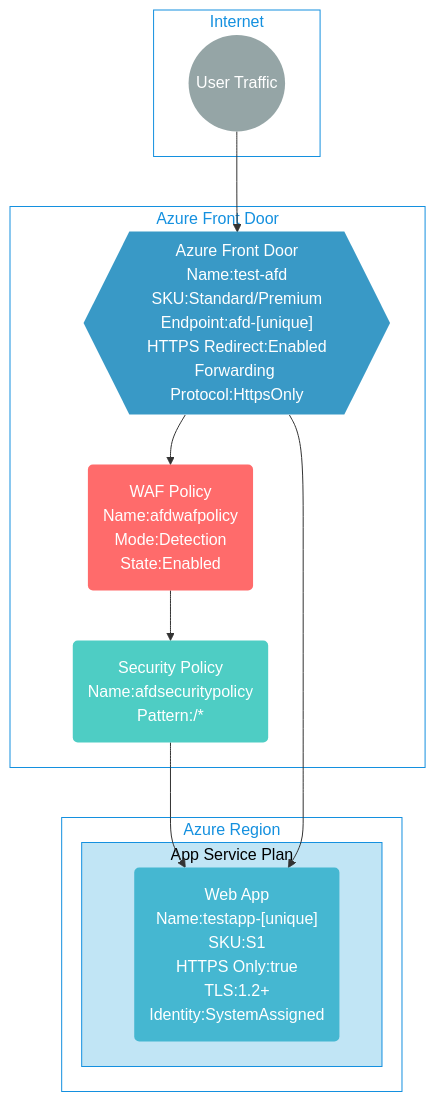
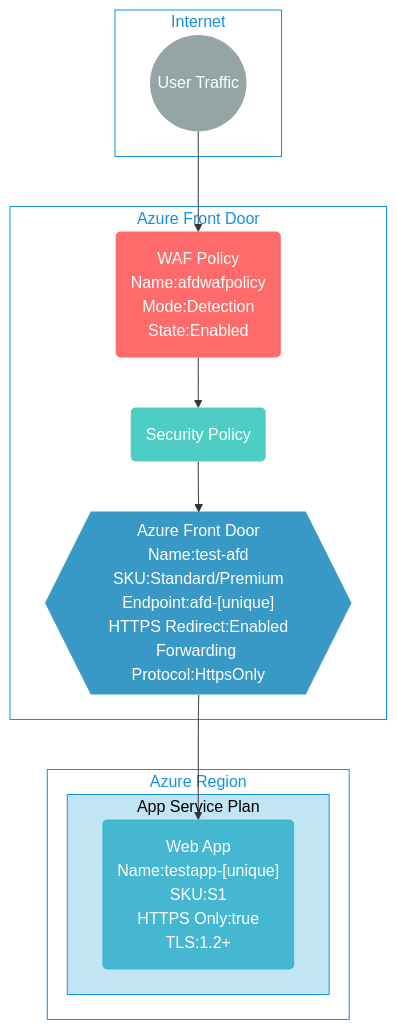
Before and after one commit to toizumi03/bicep-templates: the diagram in afd-wafv2-webapps/README.md, drawn with Mermaid.

````diff
--- a/afd-wafv2-webapps/README.md
+++ b/afd-wafv2-webapps/README.md
@@ -4,49 +4,48 @@
 ```mermaid
 graph TB;
 %% Groups and Services
 subgraph GR1[Internet]
     IT((User Traffic))
 end
 
 subgraph GR2[Azure Front Door]
     AFD{{"Azure Front Door<br/>Name:test-afd<br/>SKU:Standard/Premium<br/>Endpoint:afd-[unique]<br/>HTTPS Redirect:Enabled<br/>Forwarding Protocol:HttpsOnly"}}
     WAF("WAF Policy<br/>Name:afdwafpolicy<br/>Mode:Detection<br/>State:Enabled")
-    SP("Security Policy<br/>Name:afdsecuritypolicy<br/>Pattern:/*")
+    SP("Security Policy")
 end
 
 subgraph GR3[Azure Region]
     subgraph ASP[App Service Plan]
-        APP("Web App<br/>Name:testapp-[unique]<br/>SKU:S1<br/>HTTPS Only:true<br/>TLS:1.2+<br/>Identity:SystemAssigned")
+        APP("Web App<br/>Name:testapp-[unique]<br/>SKU:S1<br/>HTTPS Only:true<br/>TLS:1.2+")
     end
 end
 
 %% Relation for resources
-IT --> AFD
-AFD --> WAF
+IT --> WAF
 WAF --> SP
-SP --> APP
+SP --> AFD
 AFD --> APP
 
 %% Groups style
 classDef GSR fill:#fff,color:#1490df,stroke:#1490df
 class GR1,GR2,GR3 GSR
 
 classDef SGASP fill:#c1e5f5,color:#000,stroke:#1490df
 class ASP SGASP
 
 %% Service Style
 classDef SVPAFD fill:#3999c6,color:#fff,stroke:none
 class AFD SVPAFD
 
 classDef SVPWAF fill:#ff6b6b,color:#fff,stroke:none
 class WAF SVPWAF
 
 classDef SVPSP fill:#4ecdc4,color:#fff,stroke:none
 class SP SVPSP
 
 classDef SVPAPP fill:#45b7d1,color:#fff,stroke:none
 class APP SVPAPP
 
 classDef SIT fill:#95a5a6,color:#fff,stroke:none
 class IT SIT
 ```
````
